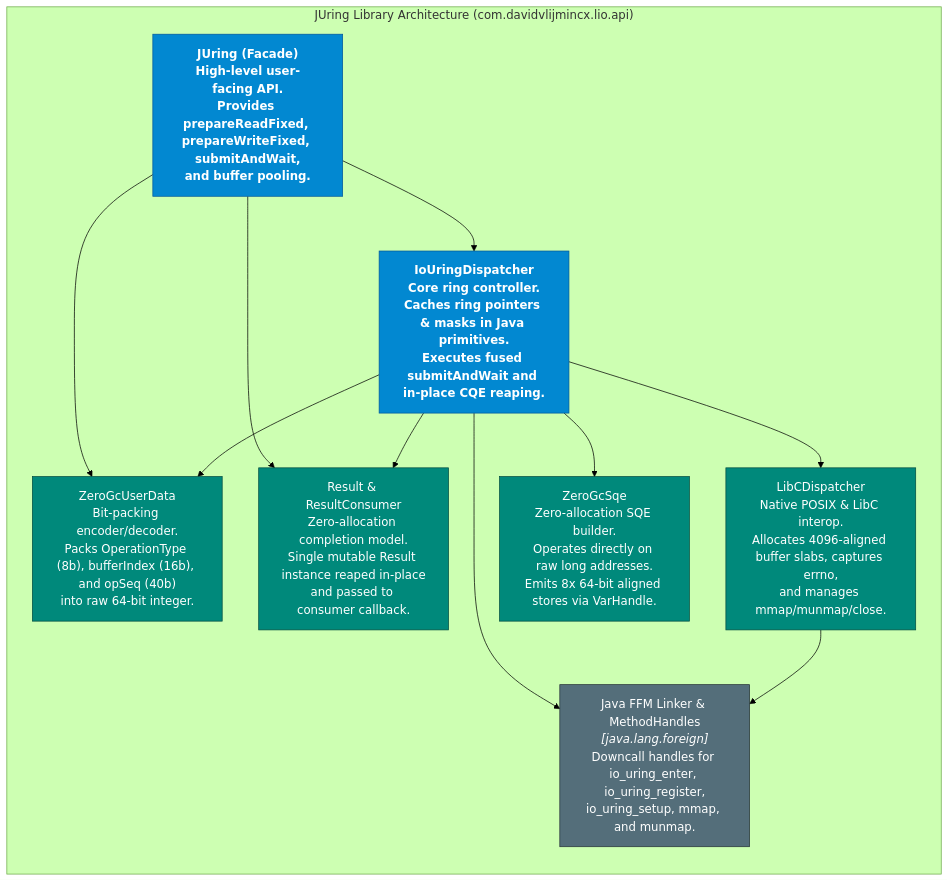
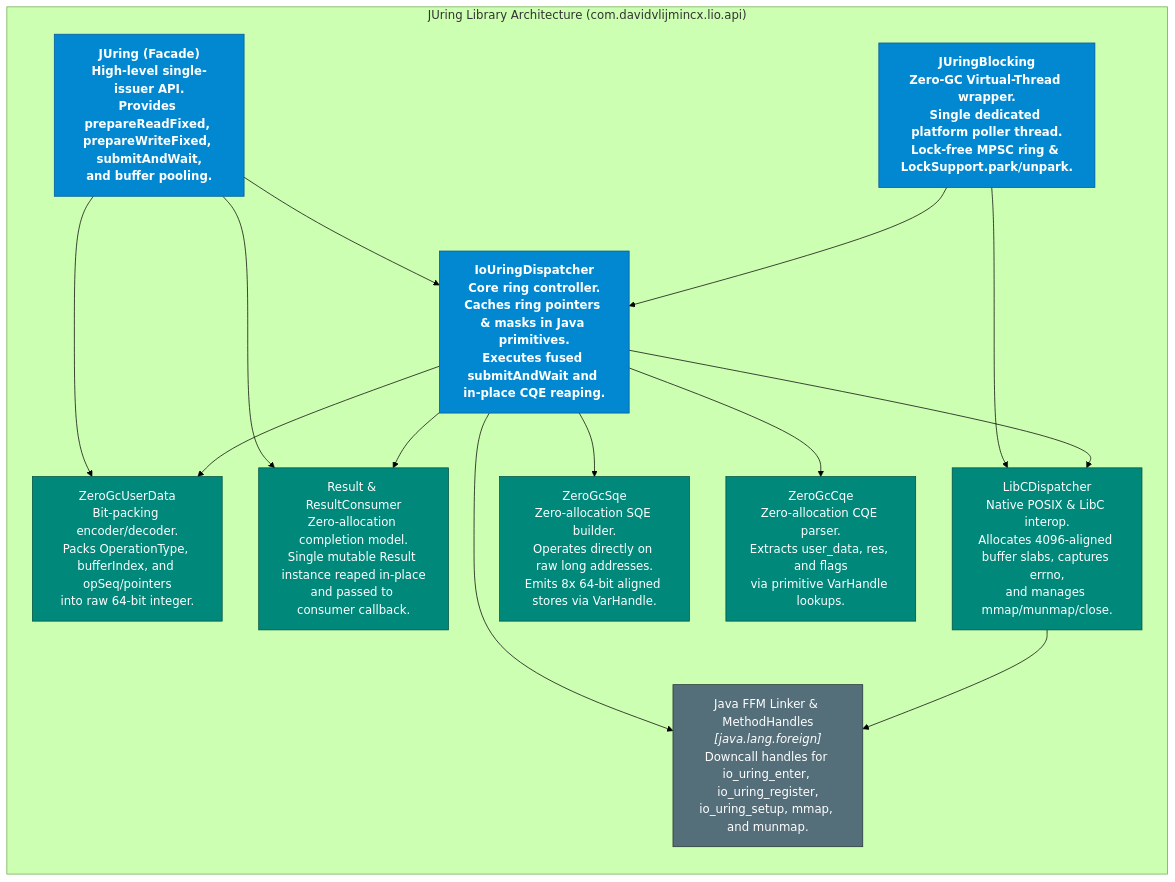
One commit to davidtos/JUring changed the third of 3 diagrams in docs/c4_architecture.md. Above: the diagram before and after it, drawn with Mermaid (forest theme). The commit also changed other lines of this file and 6 other files, not shown here.

Commit message:
docs: add FFM talk guide, update diagrams and documentation, fix Virtual Thread test starvation

````diff
--- a/docs/c4_architecture.md
+++ b/docs/c4_architecture.md
@@ -114,40 +114,48 @@
 ```mermaid
 flowchart TD
     subgraph JUringLibrary ["JUring Library Architecture (com.davidvlijmincx.lio.api)"]
         direction TB
 
-        JUringFacade["JUring (Facade)<br/>High-level user-facing API.<br/>Provides prepareReadFixed, prepareWriteFixed, submitAndWait,<br/>and buffer pooling."]
+        JUringFacade["JUring (Facade)<br/>High-level single-issuer API.<br/>Provides prepareReadFixed, prepareWriteFixed, submitAndWait,<br/>and buffer pooling."]
+
+        JUringBlockingComp["JUringBlocking<br/>Zero-GC Virtual-Thread wrapper.<br/>Single dedicated platform poller thread.<br/>Lock-free MPSC ring & LockSupport.park/unpark."]
 
         IoUringDisp["IoUringDispatcher<br/>Core ring controller.<br/>Caches ring pointers & masks in Java primitives.<br/>Executes fused submitAndWait and in-place CQE reaping."]
 
         LibCDisp["LibCDispatcher<br/>Native POSIX & LibC interop.<br/>Allocates 4096-aligned buffer slabs, captures errno,<br/>and manages mmap/munmap/close."]
 
         ZeroGcSqeComp["ZeroGcSqe<br/>Zero-allocation SQE builder.<br/>Operates directly on raw long addresses.<br/>Emits 8x 64-bit aligned stores via VarHandle."]
 
-        ZeroGcUserDataComp["ZeroGcUserData<br/>Bit-packing encoder/decoder.<br/>Packs OperationType (8b), bufferIndex (16b), and opSeq (40b)<br/>into raw 64-bit integer."]
+        ZeroGcCqeComp["ZeroGcCqe<br/>Zero-allocation CQE parser.<br/>Extracts user_data, res, and flags<br/>via primitive VarHandle lookups."]
+
+        ZeroGcUserDataComp["ZeroGcUserData<br/>Bit-packing encoder/decoder.<br/>Packs OperationType, bufferIndex, and opSeq/pointers<br/>into raw 64-bit integer."]
 
         ResultComp["Result & ResultConsumer<br/>Zero-allocation completion model.<br/>Single mutable Result instance reaped in-place<br/>and passed to consumer callback."]
 
         FFMLinker["Java FFM Linker & MethodHandles<br/><i>[java.lang.foreign]</i><br/>Downcall handles for io_uring_enter, io_uring_register,<br/>io_uring_setup, mmap, and munmap."]
 
         JUringFacade --> IoUringDisp
         JUringFacade --> ZeroGcUserDataComp
         JUringFacade --> ResultComp
+
+        JUringBlockingComp --> IoUringDisp
+        JUringBlockingComp --> LibCDisp
         
         IoUringDisp --> LibCDisp
         IoUringDisp --> ZeroGcSqeComp
+        IoUringDisp --> ZeroGcCqeComp
         IoUringDisp --> ZeroGcUserDataComp
         IoUringDisp --> ResultComp
         IoUringDisp --> FFMLinker
         
         LibCDisp --> FFMLinker
     end
 
     classDef compPrimary fill:#0288d1,stroke:#01579b,color:#ffffff,font-weight:bold;
     classDef compSecondary fill:#00897b,stroke:#004d40,color:#ffffff;
     classDef compUtil fill:#546e7a,stroke:#263238,color:#ffffff;
 
-    class JUringFacade,IoUringDisp compPrimary;
-    class LibCDisp,ZeroGcSqeComp,ZeroGcUserDataComp,ResultComp compSecondary;
+    class JUringFacade,JUringBlockingComp,IoUringDisp compPrimary;
+    class LibCDisp,ZeroGcSqeComp,ZeroGcCqeComp,ZeroGcUserDataComp,ResultComp compSecondary;
     class FFMLinker compUtil;
 ```
````
